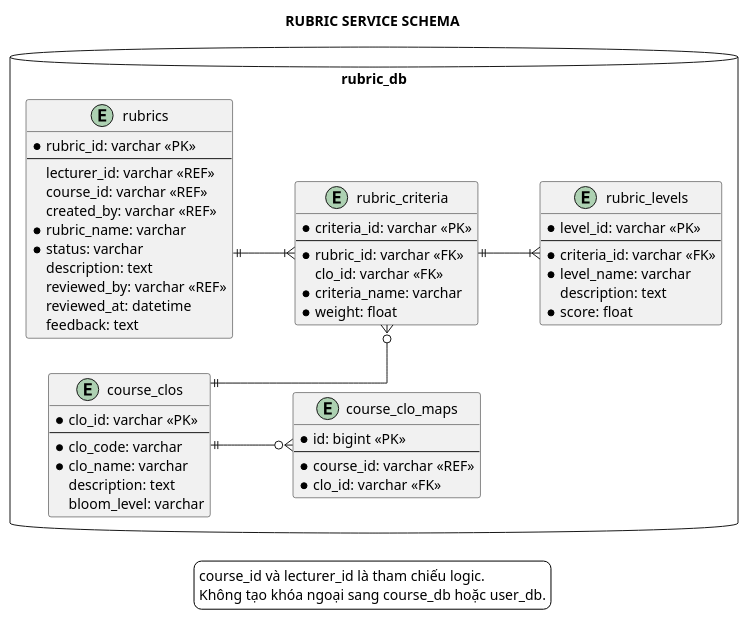
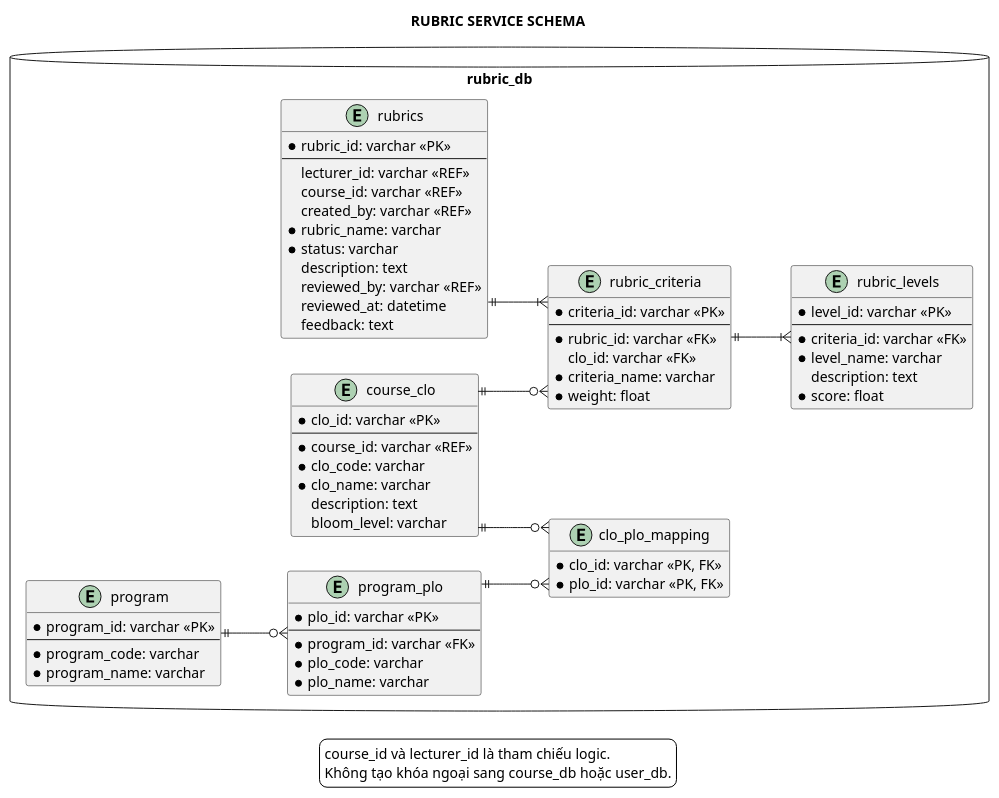
The diagram in docs/diagrams/schema/RubricServiceSchema.puml (thanhthanh123vn/Rubric_Thanh_Duc_2025_2026), drawn with PlantUML before and after one commit. The commit also changed 40 other files, not shown here.

```diff
--- a/docs/diagrams/schema/RubricServiceSchema.puml
+++ b/docs/diagrams/schema/RubricServiceSchema.puml
@@ -1,70 +1,86 @@
 @startuml RubricServiceSchema
 left to right direction
 skinparam backgroundColor white
 skinparam shadowing false
 skinparam linetype ortho
 hide methods
 
 title RUBRIC SERVICE SCHEMA
 
 database "rubric_db" {
   entity "rubrics" as rubrics {
     * rubric_id: varchar <<PK>>
     --
     lecturer_id: varchar <<REF>>
     course_id: varchar <<REF>>
     created_by: varchar <<REF>>
     * rubric_name: varchar
     * status: varchar
     description: text
     reviewed_by: varchar <<REF>>
     reviewed_at: datetime
     feedback: text
   }
 
   entity "rubric_criteria" as rubric_criteria {
     * criteria_id: varchar <<PK>>
     --
     * rubric_id: varchar <<FK>>
     clo_id: varchar <<FK>>
     * criteria_name: varchar
     * weight: float
   }
 
   entity "rubric_levels" as rubric_levels {
     * level_id: varchar <<PK>>
     --
     * criteria_id: varchar <<FK>>
     * level_name: varchar
     description: text
     * score: float
   }
 
-  entity "course_clos" as course_clos {
+  entity "course_clo" as course_clo {
     * clo_id: varchar <<PK>>
     --
+    * course_id: varchar <<REF>>
     * clo_code: varchar
     * clo_name: varchar
     description: text
     bloom_level: varchar
   }
 
-  entity "course_clo_maps" as course_clo_maps {
-    * id: bigint <<PK>>
+  entity "program" as program {
+    * program_id: varchar <<PK>>
     --
-    * course_id: varchar <<REF>>
-    * clo_id: varchar <<FK>>
+    * program_code: varchar
+    * program_name: varchar
+  }
+
+  entity "program_plo" as program_plo {
+    * plo_id: varchar <<PK>>
+    --
+    * program_id: varchar <<FK>>
+    * plo_code: varchar
+    * plo_name: varchar
+  }
+
+  entity "clo_plo_mapping" as clo_plo_mapping {
+    * clo_id: varchar <<PK, FK>>
+    * plo_id: varchar <<PK, FK>>
   }
 }
 
 rubrics ||--|{ rubric_criteria
 rubric_criteria ||--|{ rubric_levels
-course_clos ||--o{ rubric_criteria
-course_clos ||--o{ course_clo_maps
+course_clo ||--o{ rubric_criteria
+program ||--o{ program_plo
+course_clo ||--o{ clo_plo_mapping
+program_plo ||--o{ clo_plo_mapping
 
 legend bottom
   course_id và lecturer_id là tham chiếu logic.
   Không tạo khóa ngoại sang course_db hoặc user_db.
 endlegend
 
 @enduml
```
